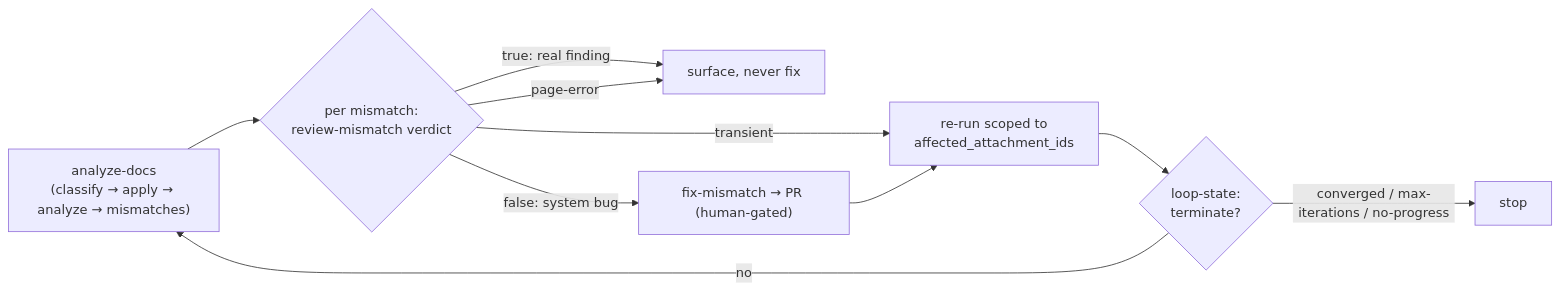
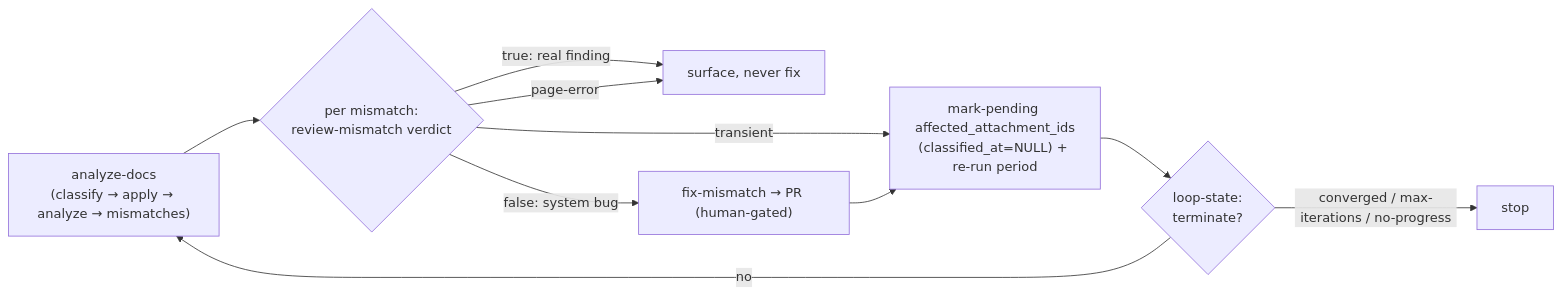
The third of 3 diagrams in scripts/pipeline-flow.md (Gchahm/svhc-relatorios), drawn with Mermaid before and after one commit. The commit also changed other lines of this file and 17 other files, not shown here.

````diff
--- a/scripts/pipeline-flow.md
+++ b/scripts/pipeline-flow.md
@@ -150,12 +151,12 @@
 ```mermaid
 flowchart LR
     A["analyze-docs<br/>(classify → apply → analyze → mismatches)"] --> R{"per mismatch:<br/>review-mismatch verdict"}
     R -->|true: real finding| keep["surface, never fix"]
     R -->|false: system bug| F["fix-mismatch → PR (human-gated)"]
     R -->|transient| RE
     R -->|page-error| keep
-    F --> RE["re-run scoped to<br/>affected_attachment_ids"]
+    F --> RE["mark-pending affected_attachment_ids<br/>(classified_at=NULL) + re-run period"]
     RE --> S{"loop-state:<br/>terminate?"}
     S -->|converged / max-iterations / no-progress| done["stop"]
     S -->|no| A
 ```
````
